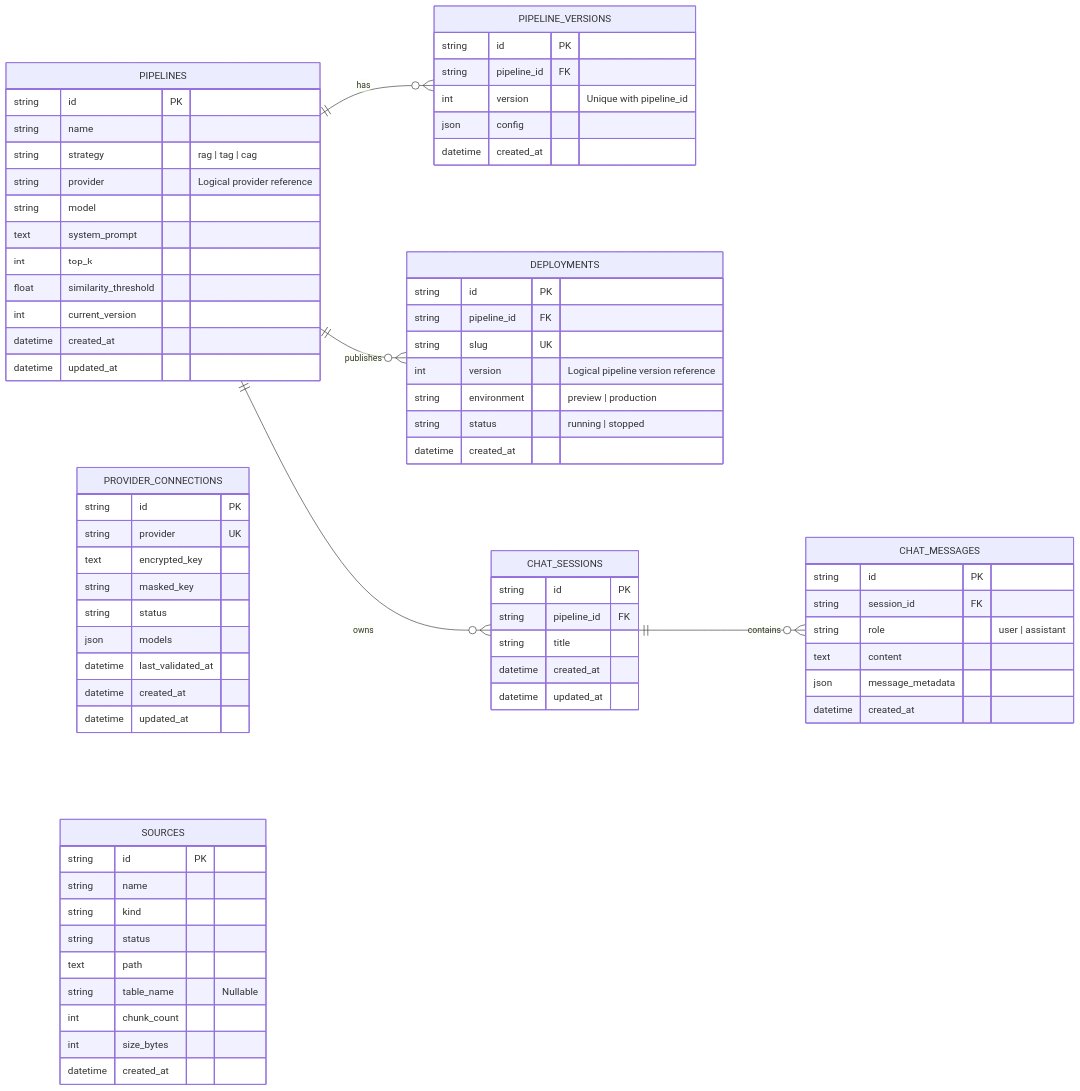
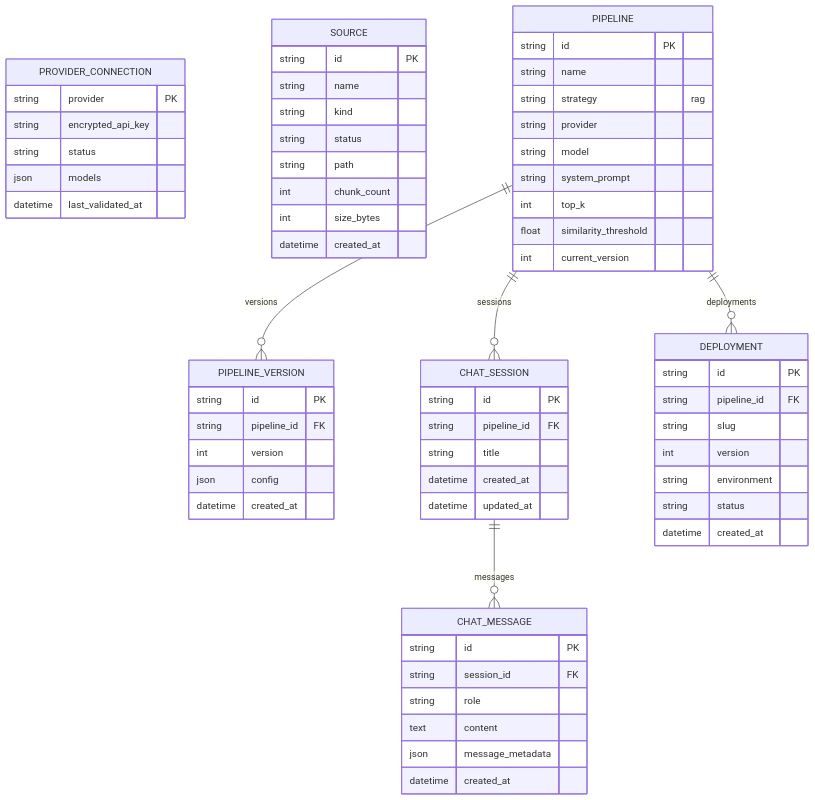
The diagram in ERD.md (grant0808/RAG_Platform), drawn with Mermaid before and after one commit. The commit also changed other lines of this file and 40 other files, not shown here.

Commit message:
Delete: TAG, CAG

````diff
--- a/ERD.md
+++ b/ERD.md
@@ -8,82 +5,73 @@
 ```mermaid
 erDiagram
-    direction LR
-
-    PIPELINES ||--o{ PIPELINE_VERSIONS : has
-    PIPELINES ||--o{ DEPLOYMENTS : publishes
-    PIPELINES ||--o{ CHAT_SESSIONS : owns
-    CHAT_SESSIONS ||--o{ CHAT_MESSAGES : contains
-
-    PROVIDER_CONNECTIONS {
-        string id PK
-        string provider UK
-        text encrypted_key
-        string masked_key
+    PROVIDER_CONNECTION {
+        string provider PK
+        string encrypted_api_key
         string status
         json models
         datetime last_validated_at
-        datetime created_at
-        datetime updated_at
     }
 
-    SOURCES {
+    SOURCE {
         string id PK
         string name
         string kind
         string status
-        text path
-        string table_name "Nullable"
+        string path
         int chunk_count
         int size_bytes
         datetime created_at
     }
 
-    PIPELINES {
+    PIPELINE {
         string id PK
         string name
-        string strategy "rag | tag | cag"
-        string provider "Logical provider reference"
+        string strategy "rag"
+        string provider
         string model
-        text system_prompt
+        string system_prompt
         int top_k
         float similarity_threshold
         int current_version
-        datetime created_at
-        datetime updated_at
     }
 
-    PIPELINE_VERSIONS {
+    PIPELINE_VERSION {
         string id PK
         string pipeline_id FK
-        int version "Unique with pipeline_id"
+        int version
         json config
         datetime created_at
     }
 
-    DEPLOYMENTS {
-        string id PK
-        string pipeline_id FK
-        string slug UK
-        int version "Logical pipeline version reference"
-        string environment "preview | production"
-        string status "running | stopped"
-        datetime created_at
-    }
-
-    CHAT_SESSIONS {
+    CHAT_SESSION {
         string id PK
         string pipeline_id FK
         string title
         datetime created_at
         datetime updated_at
     }
 
-    CHAT_MESSAGES {
+    CHAT_MESSAGE {
         string id PK
         string session_id FK
-        string role "user | assistant"
+        string role
         text content
         json message_metadata
         datetime created_at
     }
+
+    DEPLOYMENT {
+        string id PK
+        string pipeline_id FK
+        string slug
+        int version
+        string environment
+        string status
+        datetime created_at
+    }
+
+    PIPELINE ||--o{ PIPELINE_VERSION : versions
+    PIPELINE ||--o{ CHAT_SESSION : sessions
+    PIPELINE ||--o{ DEPLOYMENT : deployments
+    CHAT_SESSION ||--o{ CHAT_MESSAGE : messages
 ```
````
